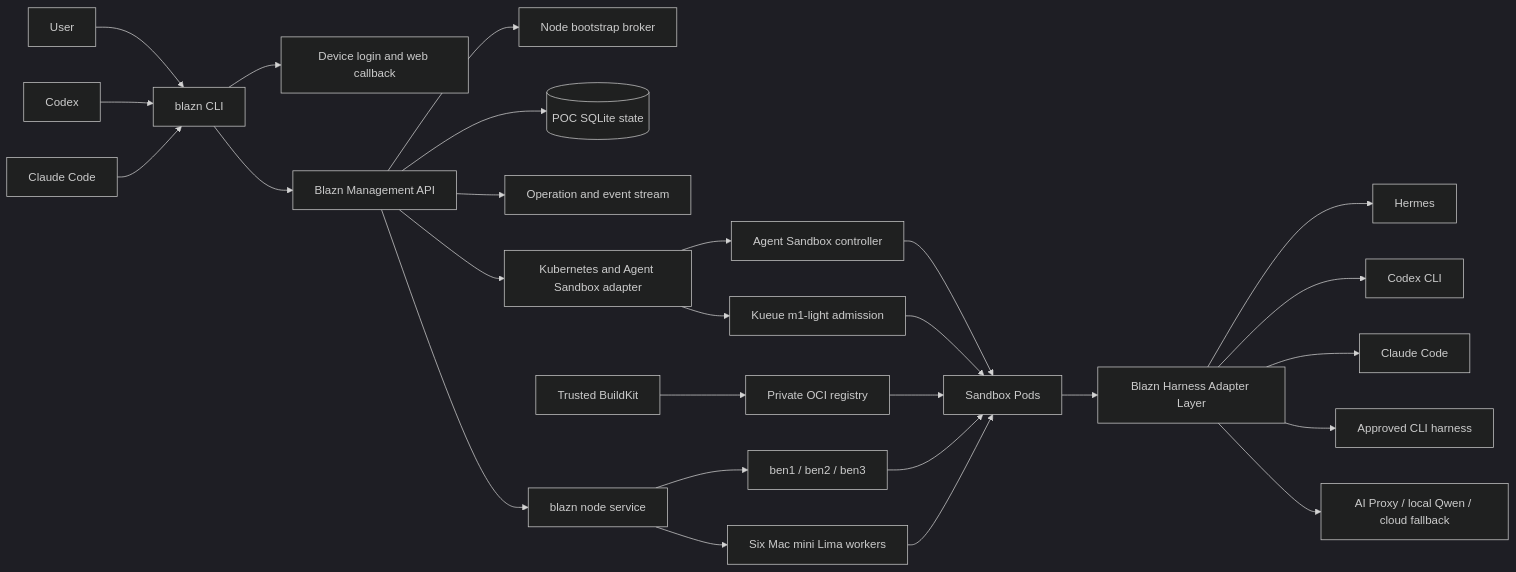
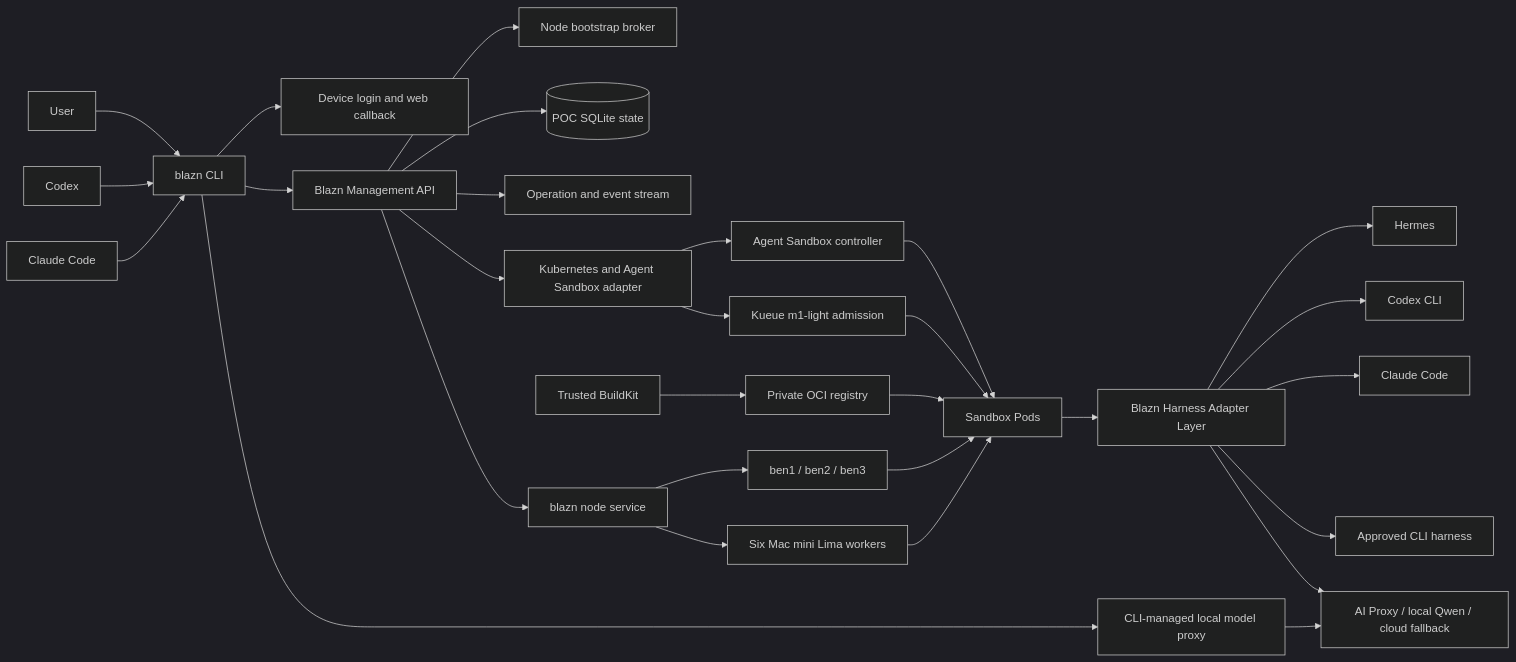
Before and after one commit to blazncloud/blazn: the diagram in docs/poc-execution-plan.md, drawn with Mermaid (dark theme). The commit also changed other lines of this file, not shown here.

Commit message:
docs: add CLI-managed model proxy milestone

````diff
--- a/docs/poc-execution-plan.md
+++ b/docs/poc-execution-plan.md
@@ -187,54 +192,57 @@
 ```mermaid
 flowchart LR
     User[User]
     Codex[Codex]
     Claude[Claude Code]
     CLI[blazn CLI]
     Auth[Device login and web callback]
     API[Blazn Management API]
     Broker[Node bootstrap broker]
     DB[(POC SQLite state)]
     Events[Operation and event stream]
     NodeSvc[blazn node service]
     Adapter[Kubernetes and Agent Sandbox adapter]
     Kueue[Kueue m1-light admission]
     AS[Agent Sandbox controller]
     Sandbox[Sandbox Pods]
     Harness[Blazn Harness Adapter Layer]
     Hermes[Hermes]
     CodexRuntime[Codex CLI]
     ClaudeRuntime[Claude Code]
     GenericRuntime[Approved CLI harness]
     Proxy[AI Proxy / local Qwen / cloud fallback]
+    LocalProxy[CLI-managed local model proxy]
     Registry[Private OCI registry]
     BuildKit[Trusted BuildKit]
     Linux[ben1 / ben2 / ben3]
     Macs[Six Mac mini Lima workers]
 
     User --> CLI
     Codex --> CLI
     Claude --> CLI
     CLI --> Auth
     CLI --> API
+    CLI --> LocalProxy
     API --> Broker
     API --> DB
     API --> Events
     API --> Adapter
     API --> NodeSvc
     Adapter --> AS
     Adapter --> Kueue
     AS --> Sandbox
     Kueue --> Sandbox
     Sandbox --> Harness
     Harness --> Hermes
     Harness --> CodexRuntime
     Harness --> ClaudeRuntime
     Harness --> GenericRuntime
     Harness --> Proxy
+    LocalProxy --> Proxy
     BuildKit --> Registry
     Registry --> Sandbox
     NodeSvc --> Linux
     NodeSvc --> Macs
     Linux --> Sandbox
     Macs --> Sandbox
 ```
````
